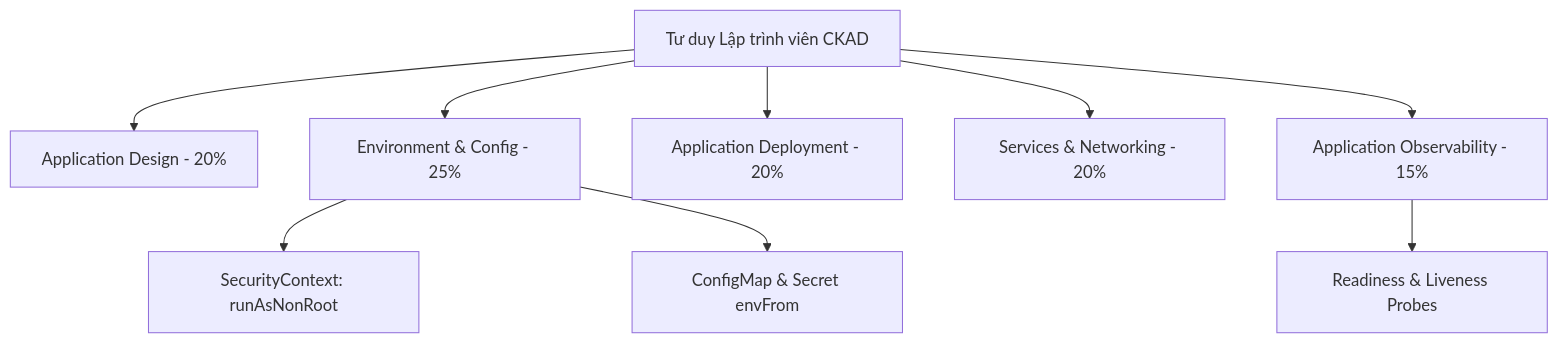
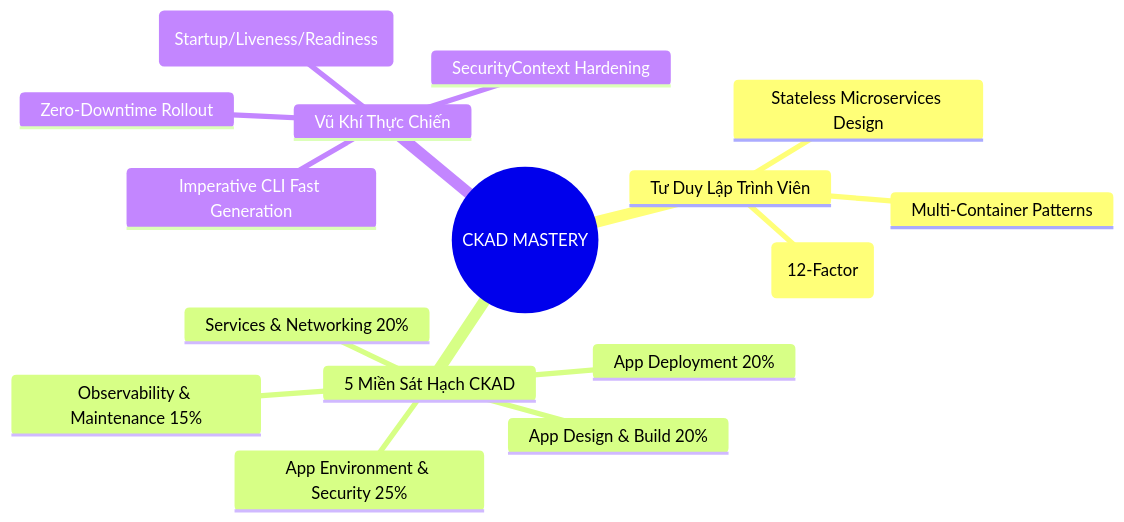
The third of 3 diagrams in _posts/2026-09-12-ckad-01-01-ckad-khac-cka-cho-nao.md (kiennt308/ntk), drawn with Mermaid before and after one commit. The commit also changed other lines of this file and 39 other files, not shown here.

````diff
--- a/_posts/2026-09-12-ckad-01-01-ckad-khac-cka-cho-nao.md
+++ b/_posts/2026-09-12-ckad-01-01-ckad-khac-cka-cho-nao.md
@@ -367,12 +551,19 @@
 ```mermaid
-graph TD
-    CKAD[Tư duy Lập trình viên CKAD] --> AppDesign[Application Design - 20%]
-    CKAD --> AppEnv[Environment & Config - 25%]
-    CKAD --> AppDeploy[Application Deployment - 20%]
-    CKAD --> AppNet[Services & Networking - 20%]
-    CKAD --> AppObs[Application Observability - 15%]
-    
-    AppEnv --> Sec[SecurityContext: runAsNonRoot]
-    AppEnv --> Config[ConfigMap & Secret envFrom]
-    AppObs --> Probe[Readiness & Liveness Probes]
+mindmap
+  root((CKAD MASTERY))
+    Tư Duy Lập Trình Viên
+      Tách rời Code & Config (12-Factor)
+      Stateless Microservices Design
+      Multi-Container Patterns
+    5 Miền Sát Hạch CKAD
+      App Environment & Security 25%
+      App Design & Build 20%
+      App Deployment 20%
+      Services & Networking 20%
+      Observability & Maintenance 15%
+    Vũ Khí Thực Chiến
+      Imperative CLI Fast Generation
+      Tam Giác Probes (Startup/Liveness/Readiness)
+      SecurityContext Hardening
+      Zero-Downtime Rollout
 ```
````
